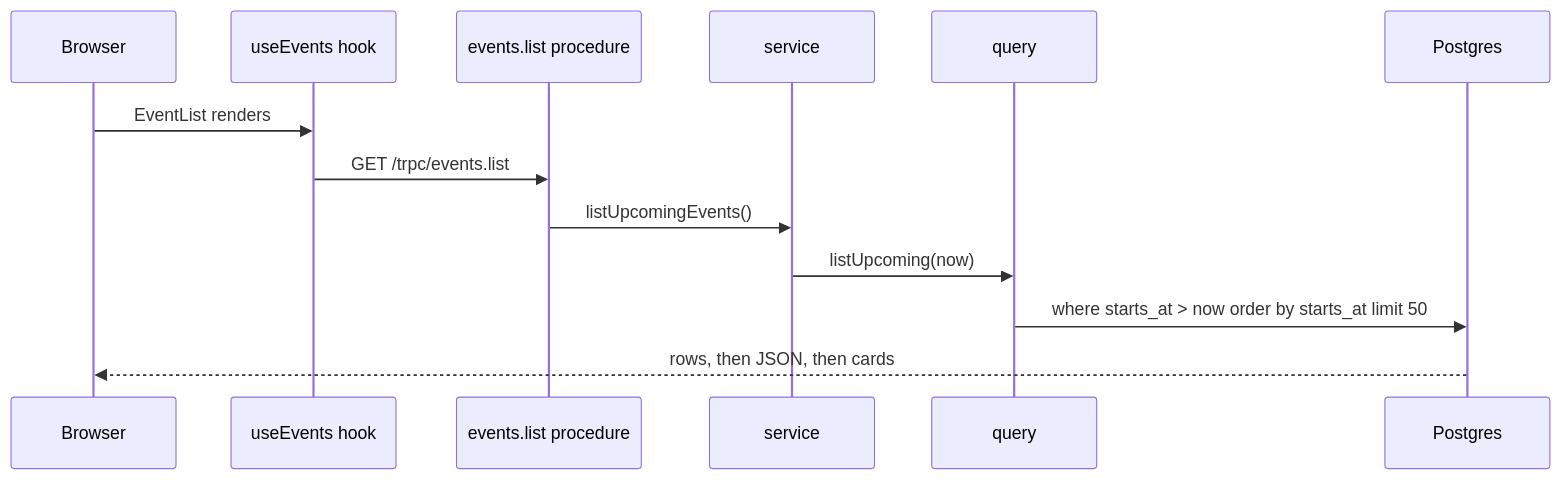
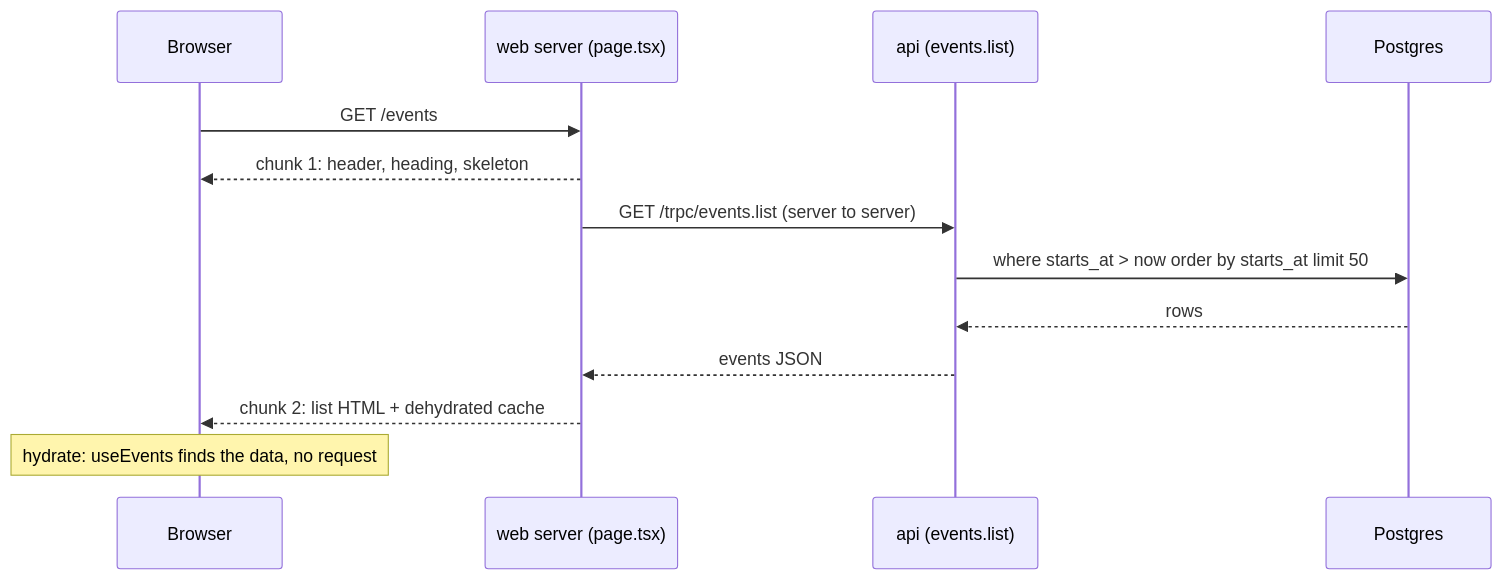
One commit to maheshnd/minitickets changed diagram 13 of 21 in docs/handbook/app-story.md. Above: the diagram before and after it, drawn with Mermaid. The commit also changed other lines of this file and 35 other files, not shown here.

Commit message:
feat(events): render /events on the server with streaming, CSR vs SSR measured

````diff
--- a/docs/handbook/app-story.md
+++ b/docs/handbook/app-story.md
@@ -805,15 +823,15 @@
 ```mermaid
 sequenceDiagram
     participant B as Browser
-    participant H as useEvents hook
-    participant P as events.list procedure
-    participant S as service
-    participant Q as query
+    participant W as web server (page.tsx)
+    participant A as api (events.list)
     participant D as Postgres
-    B->>H: EventList renders
-    H->>P: GET /trpc/events.list
-    P->>S: listUpcomingEvents()
-    S->>Q: listUpcoming(now)
-    Q->>D: where starts_at > now order by starts_at limit 50
-    D-->>B: rows, then JSON, then cards
+    B->>W: GET /events
+    W-->>B: chunk 1: header, heading, skeleton
+    W->>A: GET /trpc/events.list (server to server)
+    A->>D: where starts_at > now order by starts_at limit 50
+    D-->>A: rows
+    A-->>W: events JSON
+    W-->>B: chunk 2: list HTML + dehydrated cache
+    Note over B: hydrate: useEvents finds the data, no request
 ```
````
